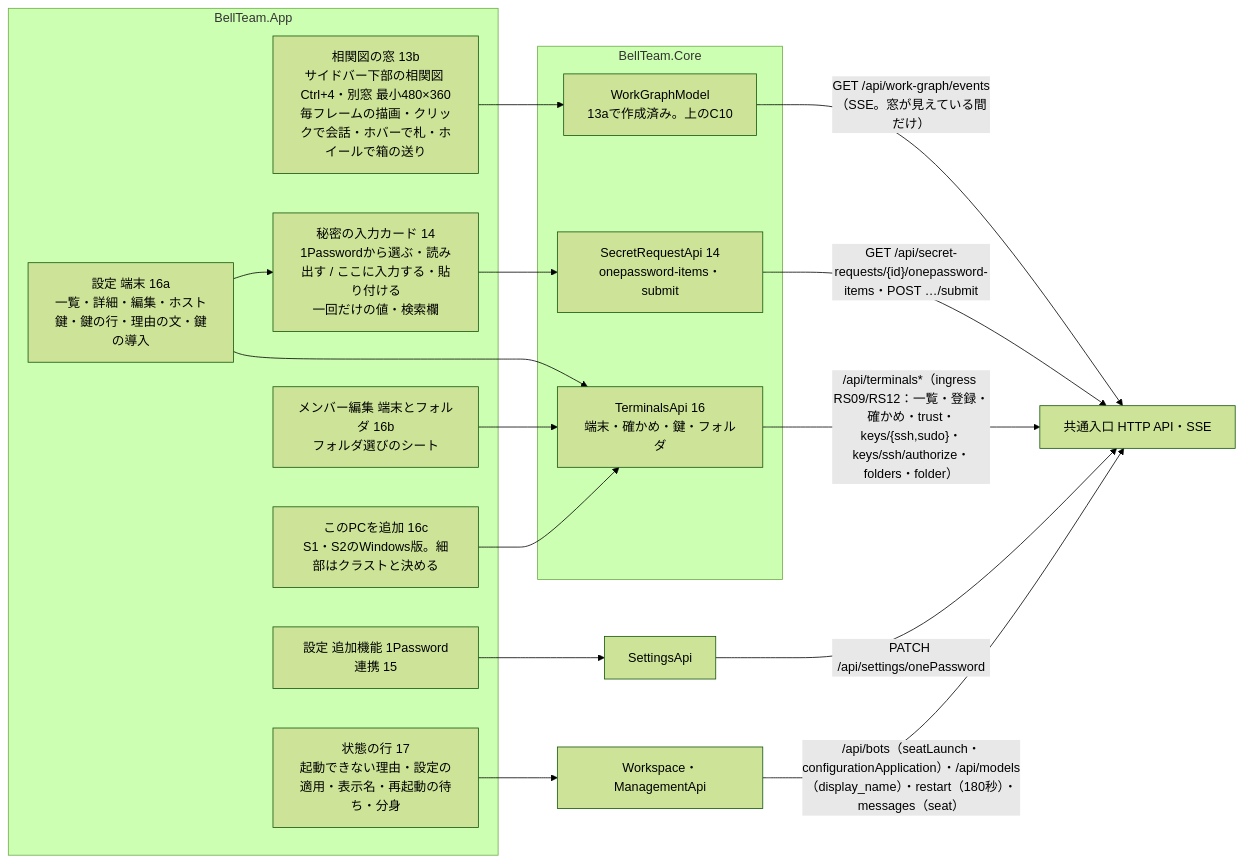
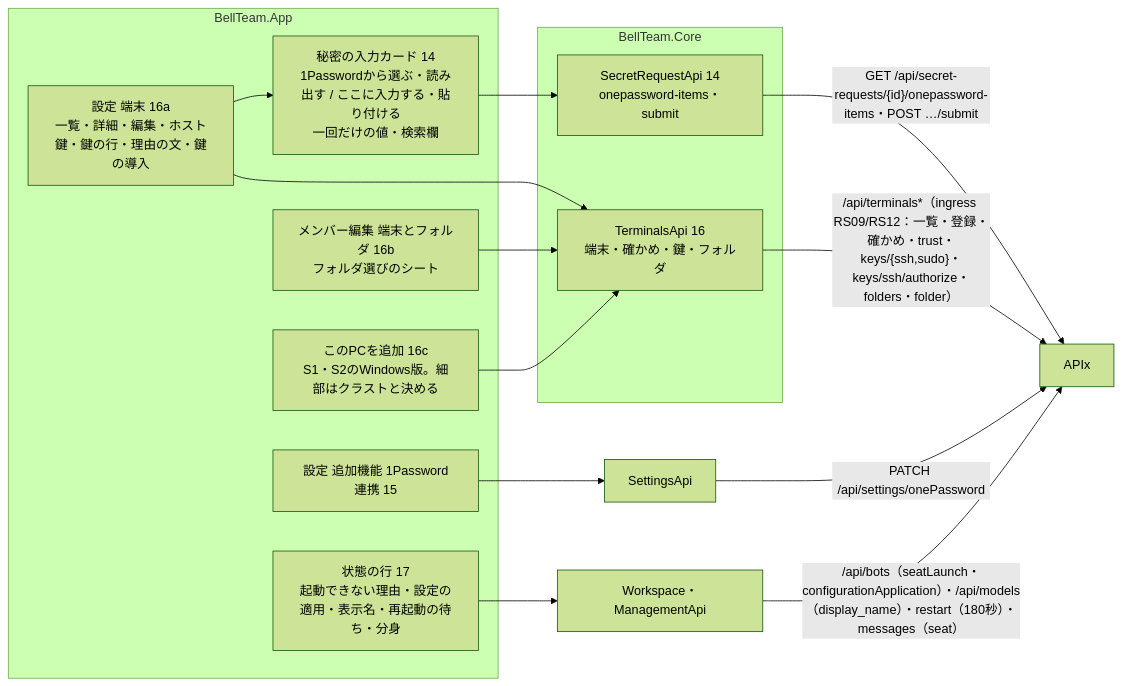
The fifth of 6 diagrams in docs/windows-architecture.md (kitepon/BellTeam), drawn with Mermaid (forest theme) before and after one commit. The commit also changed other lines of this file and 18 other files, not shown here.

First line of the commit message:
windows: 相関図 window, drawing, input and sidebar entry (W-MAC 13b)

````diff
--- a/docs/windows-architecture.md
+++ b/docs/windows-architecture.md
@@ -128,30 +134,26 @@
 ```mermaid
 flowchart LR
   subgraph AppNew[BellTeam.App]
-    N1[相関図の窓 13b<br/>サイドバー下部の相関図 Ctrl+4・別窓 最小480×360<br/>毎フレームの描画・クリックで会話・ホバーで札・ホイールで箱の送り]
     N2[秘密の入力カード 14<br/>1Passwordから選ぶ・読み出す / ここに入力する・貼り付ける<br/>一回だけの値・検索欄]
     N3[設定 追加機能 1Password連携 15]
     N4[設定 端末 16a<br/>一覧・詳細・編集・ホスト鍵・鍵の行・理由の文・鍵の導入]
     N5[メンバー編集 端末とフォルダ 16b<br/>フォルダ選びのシート]
     N6[このPCを追加 16c<br/>S1・S2のWindows版。細部はクラストと決める]
     N7[状態の行 17<br/>起動できない理由・設定の適用・表示名・再起動の待ち・分身]
   end
   subgraph CoreNew[BellTeam.Core]
-    W1[WorkGraphModel<br/>13aで作成済み。上のC10]
     W2[SecretRequestApi 14<br/>onepassword-items・submit]
     W3[TerminalsApi 16<br/>端末・確かめ・鍵・フォルダ]
   end
-  N1 --> W1
   N2 --> W2
   N3 --> C6x[SettingsApi]
   N4 --> W3
   N4 --> N2
   N5 --> W3
   N6 --> W3
   N7 --> C1x[Workspace・ManagementApi]
-  W1 -->|"GET /api/work-graph/events（SSE。窓が見えている間だけ）"| APIx[共通入口 HTTP API・SSE]
   W2 -->|"GET /api/secret-requests/{id}/onepassword-items・POST …/submit"| APIx
   W3 -->|"/api/terminals*（ingress RS09/RS12：一覧・登録・確かめ・trust・keys/{ssh,sudo}・keys/ssh/authorize・folders・folder）"| APIx
   C6x -->|"PATCH /api/settings/onePassword"| APIx
   C1x -->|"/api/bots（seatLaunch・configurationApplication）・/api/models（display_name）・restart（180秒）・messages（seat）"| APIx
 ```
````
